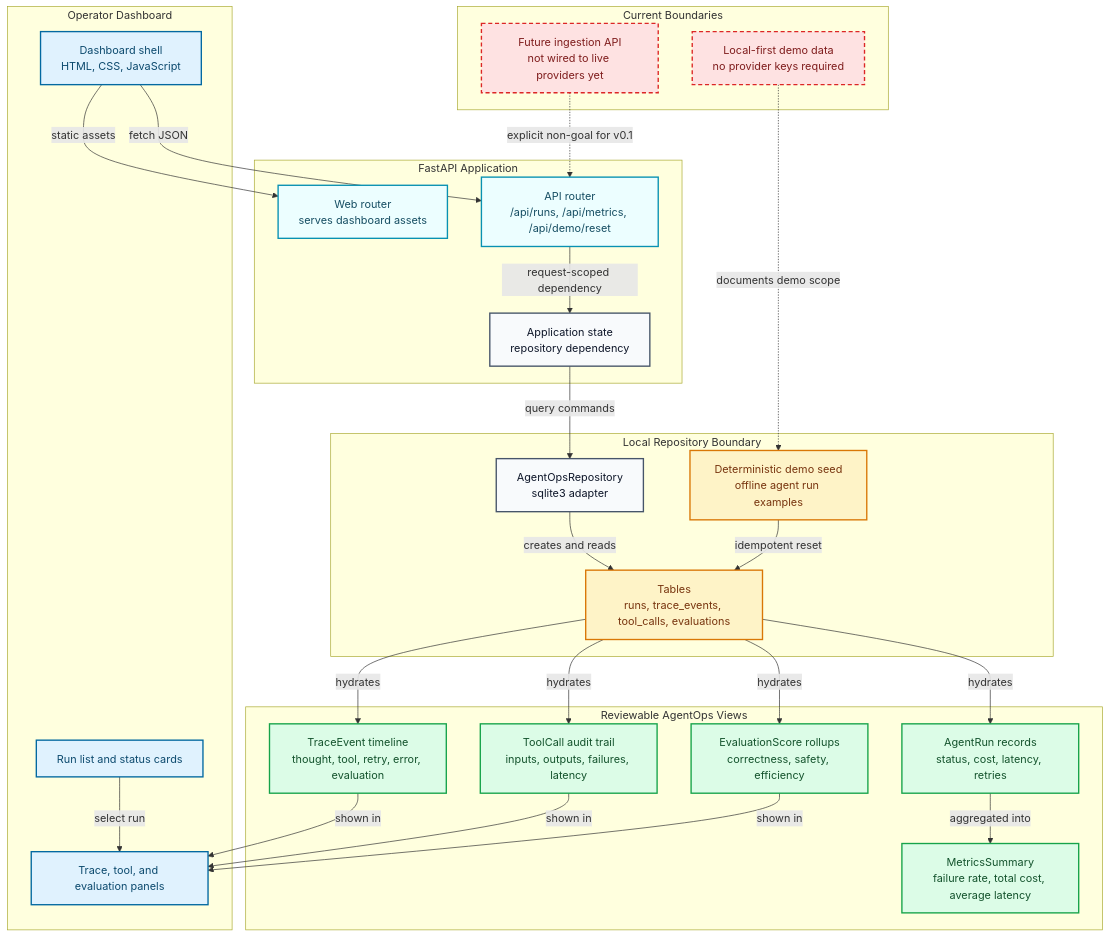
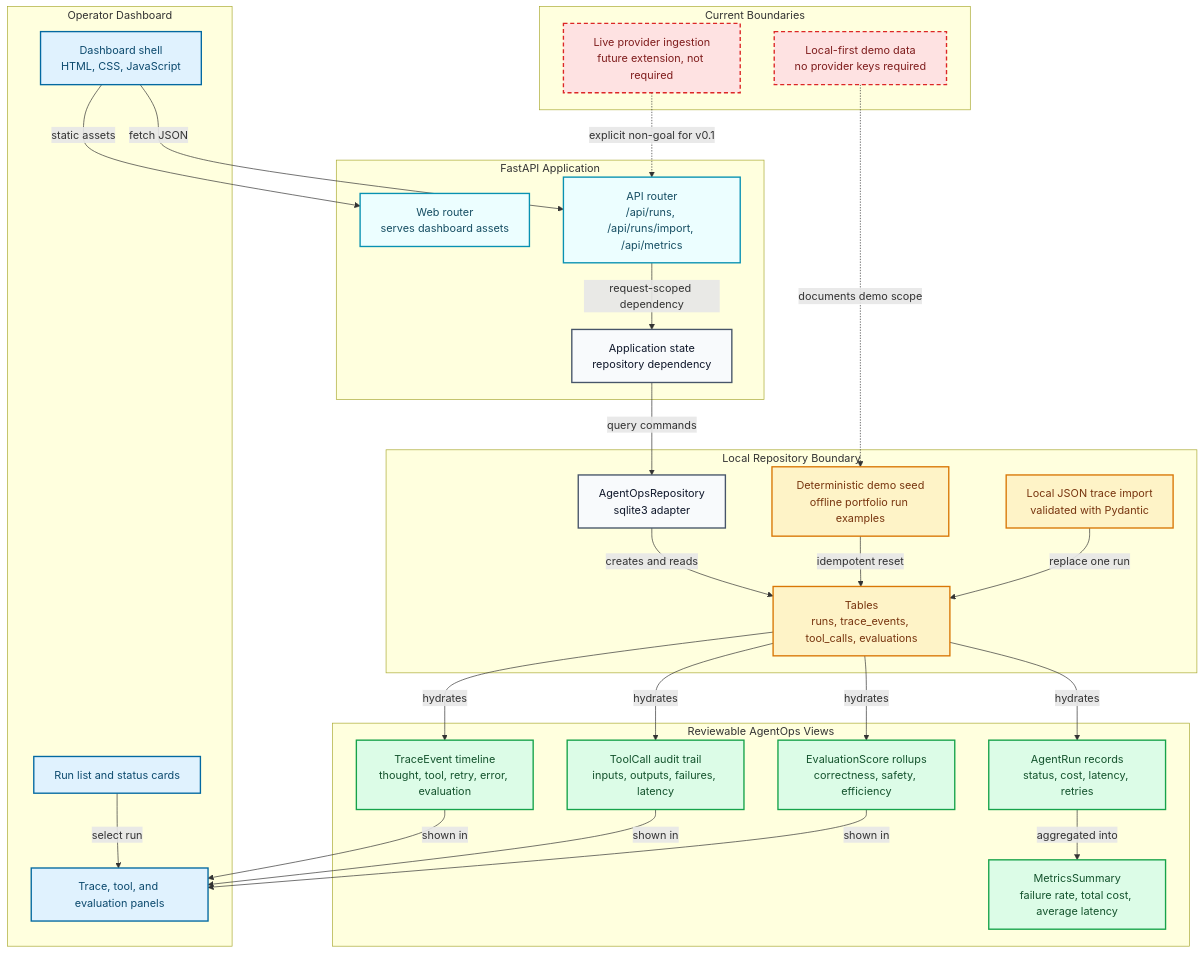
One commit to lord-dubious/agentops-control-plane changed the diagram in docs/ARCHITECTURE.md. Above: the diagram before and after it, drawn with Mermaid. The commit also changed other lines of this file and 3 other files, not shown here.

Commit message:
docs: document local trace ingestion

````diff
--- a/docs/ARCHITECTURE.md
+++ b/docs/ARCHITECTURE.md
@@ -7,58 +7,60 @@
 ```mermaid
 flowchart TB
     classDef client fill:#e0f2fe,stroke:#0369a1,color:#0c4a6e,stroke-width:2px
     classDef api fill:#ecfeff,stroke:#0891b2,color:#164e63,stroke-width:2px
     classDef core fill:#f8fafc,stroke:#475569,color:#0f172a,stroke-width:2px
     classDef store fill:#fef3c7,stroke:#d97706,color:#78350f,stroke-width:2px
     classDef insight fill:#dcfce7,stroke:#16a34a,color:#14532d,stroke-width:2px
     classDef boundary fill:#fee2e2,stroke:#dc2626,color:#7f1d1d,stroke-dasharray: 6 4,stroke-width:2px
 
     subgraph Browser[Operator Dashboard]
         UI[Dashboard shell<br/>HTML, CSS, JavaScript]:::client
         RunList[Run list and status cards]:::client
         Detail[Trace, tool, and evaluation panels]:::client
     end
 
     subgraph FastAPI[FastAPI Application]
         Web[Web router<br/>serves dashboard assets]:::api
-        API[API router<br/>/api/runs, /api/metrics, /api/demo/reset]:::api
+        API[API router<br/>/api/runs, /api/runs/import, /api/metrics]:::api
         AppState[Application state<br/>repository dependency]:::core
     end
 
     subgraph Repository[Local Repository Boundary]
         Repo[AgentOpsRepository<br/>sqlite3 adapter]:::core
         Schema[Tables<br/>runs, trace_events, tool_calls, evaluations]:::store
-        Seed[Deterministic demo seed<br/>offline agent run examples]:::store
+        Seed[Deterministic demo seed<br/>offline portfolio run examples]:::store
+        Import[Local JSON trace import<br/>validated with Pydantic]:::store
     end
 
     subgraph OperationalViews[Reviewable AgentOps Views]
         Runs[AgentRun records<br/>status, cost, latency, retries]:::insight
         Trace[TraceEvent timeline<br/>thought, tool, retry, error, evaluation]:::insight
         Tools[ToolCall audit trail<br/>inputs, outputs, failures, latency]:::insight
         Eval[EvaluationScore rollups<br/>correctness, safety, efficiency]:::insight
         Metrics[MetricsSummary<br/>failure rate, total cost, average latency]:::insight
     end
 
     subgraph Boundaries[Current Boundaries]
         LocalOnly[Local-first demo data<br/>no provider keys required]:::boundary
-        FutureIngest[Future ingestion API<br/>not wired to live providers yet]:::boundary
+        LiveProviders[Live provider ingestion<br/>future extension, not required]:::boundary
     end
 
     UI -- "fetch JSON" --> API
     UI -- "static assets" --> Web
     RunList -- "select run" --> Detail
     API -- "request-scoped dependency" --> AppState
     AppState -- "query commands" --> Repo
     Repo -- "creates and reads" --> Schema
     Seed -- "idempotent reset" --> Schema
+    Import -- "replace one run" --> Schema
     Schema -- "hydrates" --> Runs
     Schema -- "hydrates" --> Trace
     Schema -- "hydrates" --> Tools
     Schema -- "hydrates" --> Eval
     Runs -- "aggregated into" --> Metrics
     Trace -- "shown in" --> Detail
     Tools -- "shown in" --> Detail
     Eval -- "shown in" --> Detail
     LocalOnly -. "documents demo scope" .-> Seed
-    FutureIngest -. "explicit non-goal for v0.1" .-> API
+    LiveProviders -. "explicit non-goal for v0.1" .-> API
 ```
````
